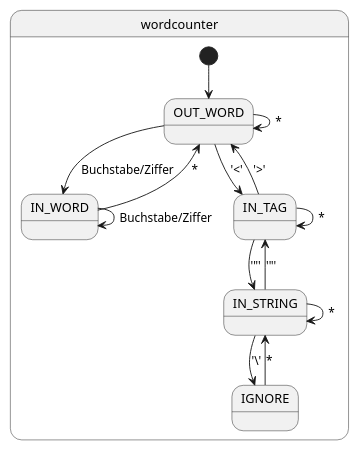
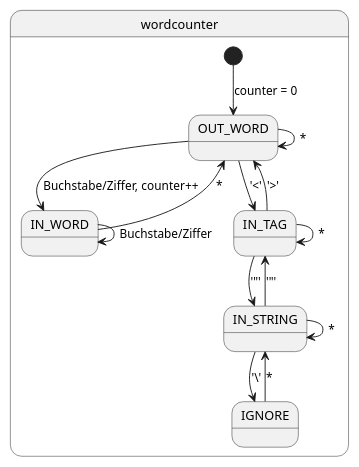
The diagram in ue02_enum1/wordcounter.puml (LeqitSebi/sew4_sem1_java), drawn with PlantUML before and after one commit.

Commit message:
added counter to state diagram

```diff
--- a/ue02_enum1/wordcounter.puml
+++ b/ue02_enum1/wordcounter.puml
@@ -1,19 +1,19 @@
 @startuml
 scale 350 width
 
 state wordcounter {
-  [*] --> OUT_WORD
-  OUT_WORD --> IN_WORD : Buchstabe/Ziffer
+  [*] --> OUT_WORD : counter = 0
+  OUT_WORD --> IN_WORD : Buchstabe/Ziffer, counter++
   OUT_WORD --> OUT_WORD : *
   IN_WORD --> IN_WORD : Buchstabe/Ziffer
   IN_WORD --> OUT_WORD : *
   OUT_WORD --> IN_TAG : '<'
   IN_TAG --> OUT_WORD : '>'
   IN_TAG --> IN_TAG : *
   IN_TAG --> IN_STRING : '"'
   IN_STRING --> IN_TAG : '"'
   IN_STRING --> IGNORE : '\'
   IGNORE --> IN_STRING : *
   IN_STRING --> IN_STRING : *
 }
 @enduml
```
